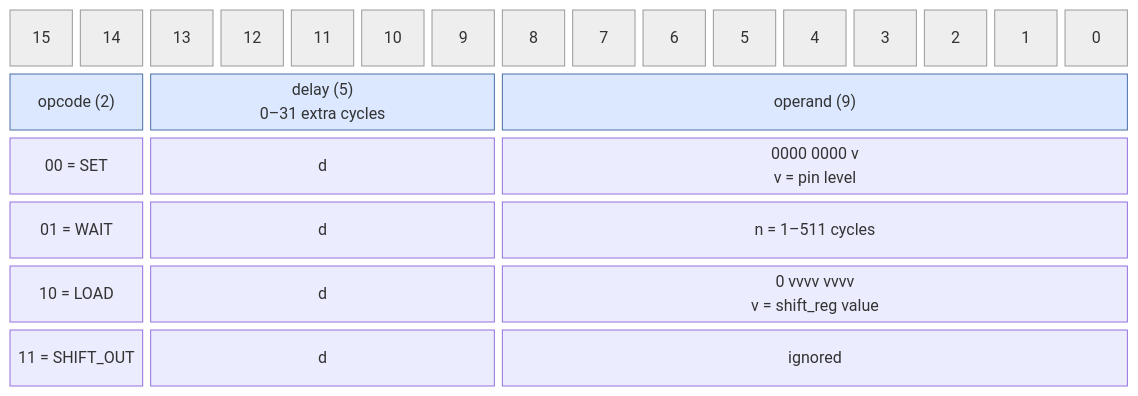
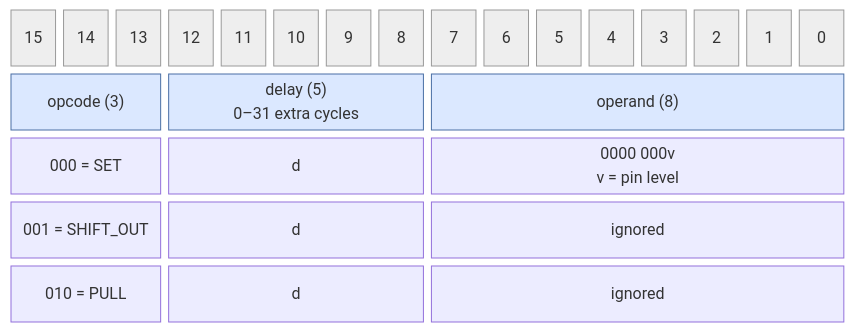
One commit to cshieldsce/smallcore changed the diagram in docs/isa_encoding.mmd. Above: the diagram before and after it, drawn with Mermaid. The commit also changed 12 other files, not shown here.

First line of the commit message:
update diagrams for the 3 instruction isa

```diff
--- a/docs/isa_encoding.mmd
+++ b/docs/isa_encoding.mmd
@@ -1,14 +1,13 @@
 block-beta
   columns 16
   b15["15"] b14["14"] b13["13"] b12["12"] b11["11"] b10["10"] b9["9"] b8["8"]
   b7["7"] b6["6"] b5["5"] b4["4"] b3["3"] b2["2"] b1["1"] b0["0"]
-  opcode["opcode (2)"]:2 delay["delay (5)<br/>0–31 extra cycles"]:5 operand["operand (9)"]:9
-  set["00 = SET"]:2 setd["d"]:5 setop["0000 0000 v<br/>v = pin level"]:9
-  wait["01 = WAIT"]:2 waitd["d"]:5 waitop["n = 1–511 cycles"]:9
-  load["10 = LOAD"]:2 loadd["d"]:5 loadop["0 vvvv vvvv<br/>v = shift_reg value"]:9
-  shift["11 = SHIFT_OUT"]:2 shiftd["d"]:5 shiftop["ignored"]:9
+  opcode["opcode (3)"]:3 delay["delay (5)<br/>0–31 extra cycles"]:5 operand["operand (8)"]:8
+  set["000 = SET"]:3 setd["d"]:5 setop["0000 000v<br/>v = pin level"]:8
+  shift["001 = SHIFT_OUT"]:3 shiftd["d"]:5 shiftop["ignored"]:8
+  pull["010 = PULL"]:3 pulld["d"]:5 pullop["ignored"]:8
 
   classDef hdr fill:#eee,stroke:#999,color:#555
   classDef field fill:#dbe8ff,stroke:#4a6fa5
   class b15,b14,b13,b12,b11,b10,b9,b8,b7,b6,b5,b4,b3,b2,b1,b0 hdr
   class opcode,delay,operand field
```
